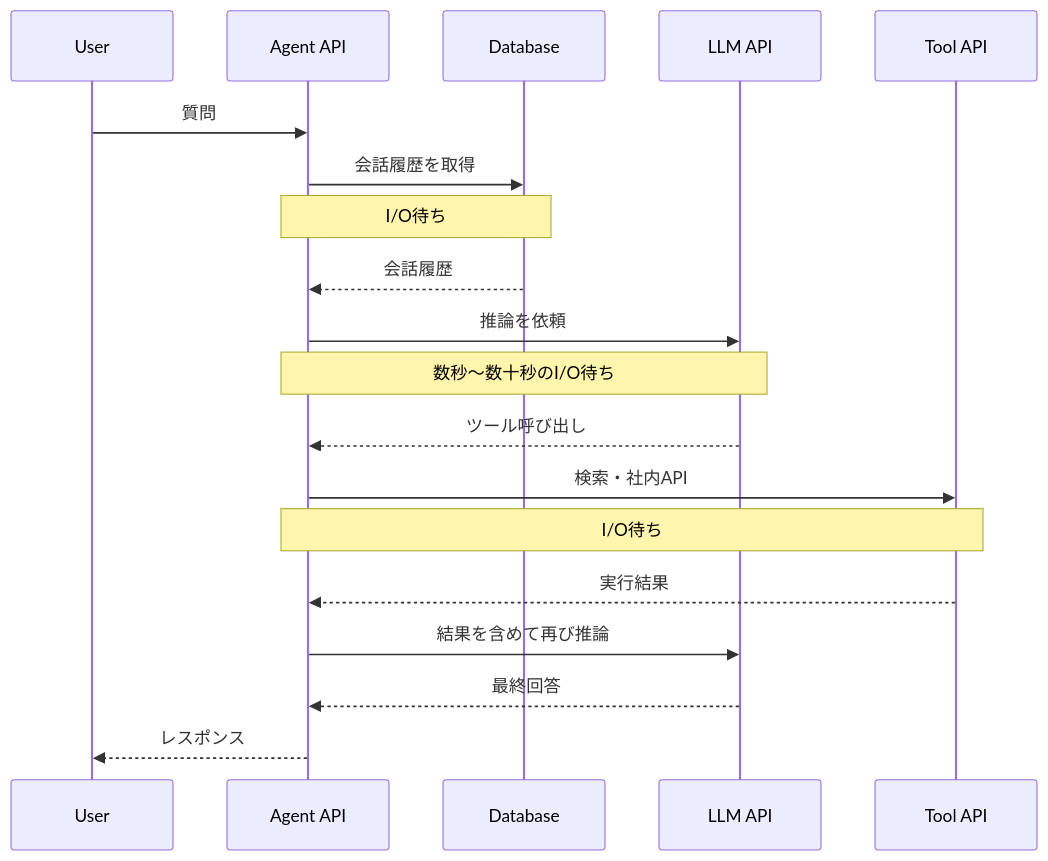
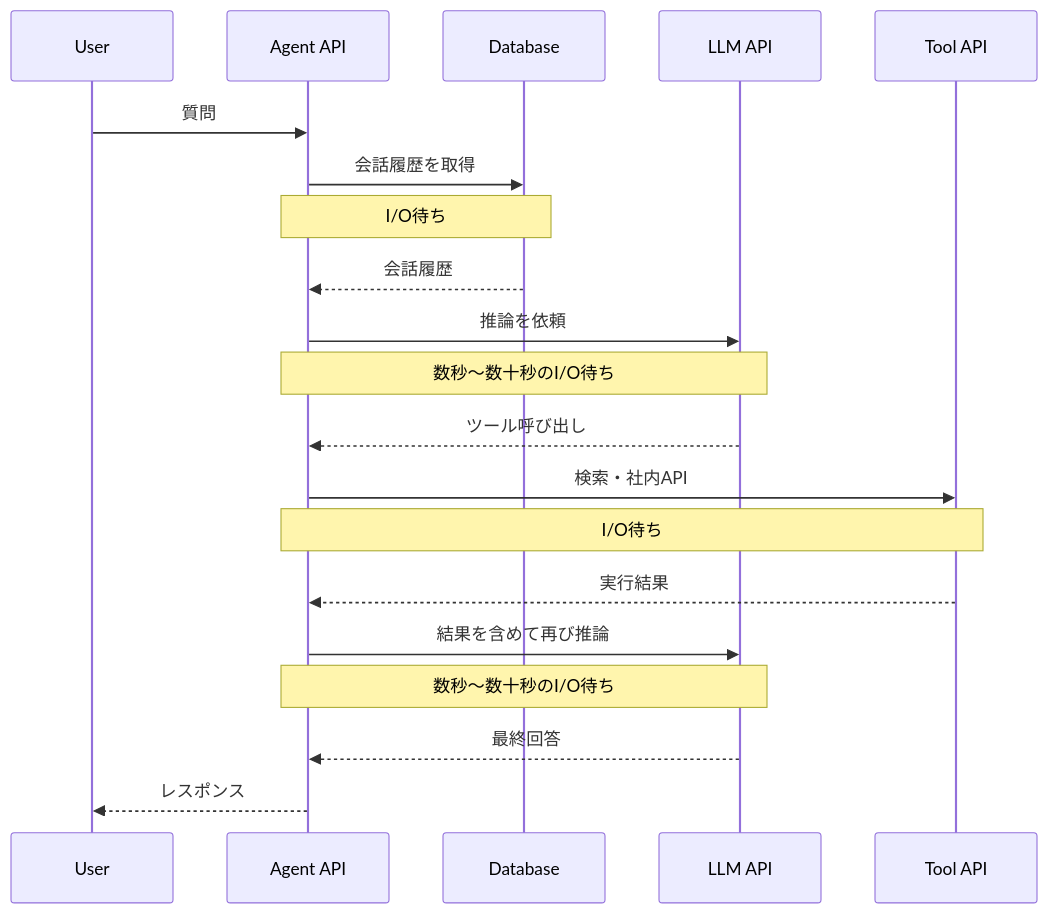
Before and after one commit to shionhonda/hippocampus-garden: the first of 6 diagrams in src/content/posts/wsgi_asgi/index.md, drawn with Mermaid. The commit also changed other lines of this file and 2 other files, not shown here.

````diff
--- a/src/content/posts/wsgi_asgi/index.md
+++ b/src/content/posts/wsgi_asgi/index.md
@@ -23,24 +22,25 @@
 ```mermaid
 sequenceDiagram
     accTitle: AIエージェントAPIの典型的な処理
     accDescr: ユーザーのリクエストを受けたエージェントが、DB、LLM API、ツールAPIの応答を順に待って結果を返す
     participant U as User
     participant A as Agent API
     participant D as Database
     participant L as LLM API
     participant T as Tool API
 
     U->>A: 質問
     A->>D: 会話履歴を取得
     Note over A,D: I/O待ち
     D-->>A: 会話履歴
     A->>L: 推論を依頼
     Note over A,L: 数秒〜数十秒のI/O待ち
     L-->>A: ツール呼び出し
     A->>T: 検索・社内API
     Note over A,T: I/O待ち
     T-->>A: 実行結果
     A->>L: 結果を含めて再び推論
+    Note over A,L: 数秒〜数十秒のI/O待ち
     L-->>A: 最終回答
     A-->>U: レスポンス
 ```
````
